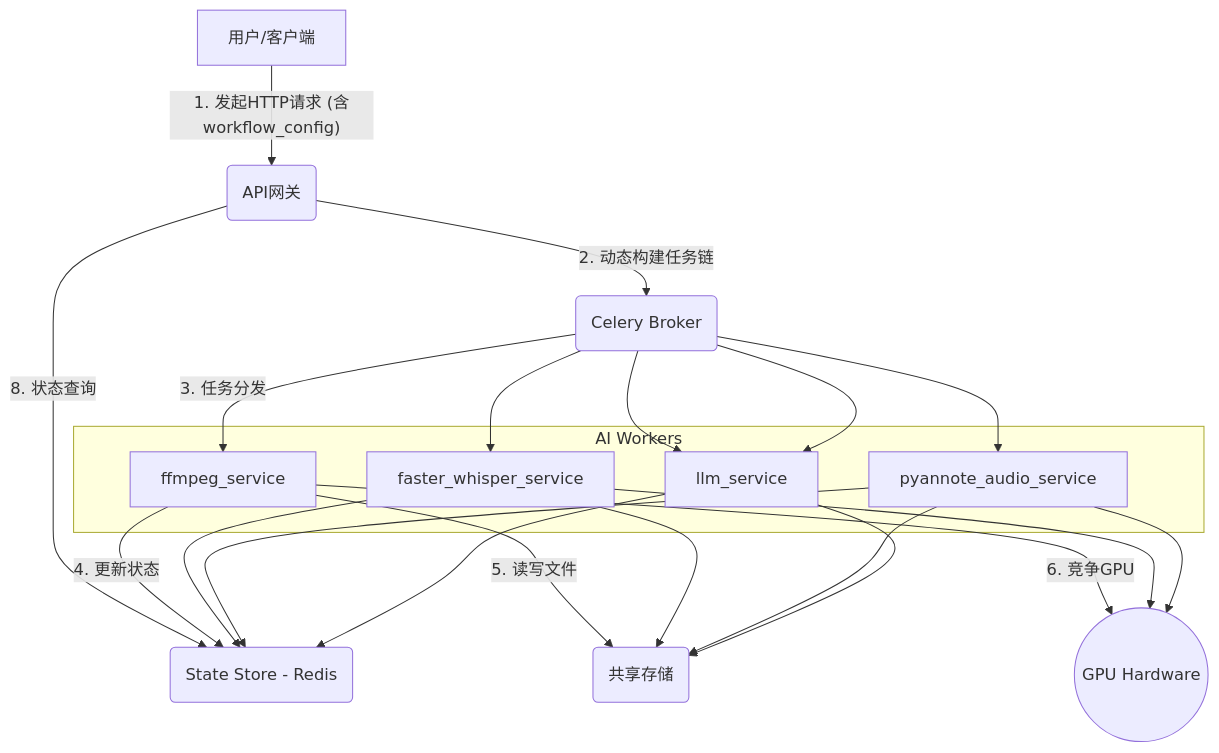
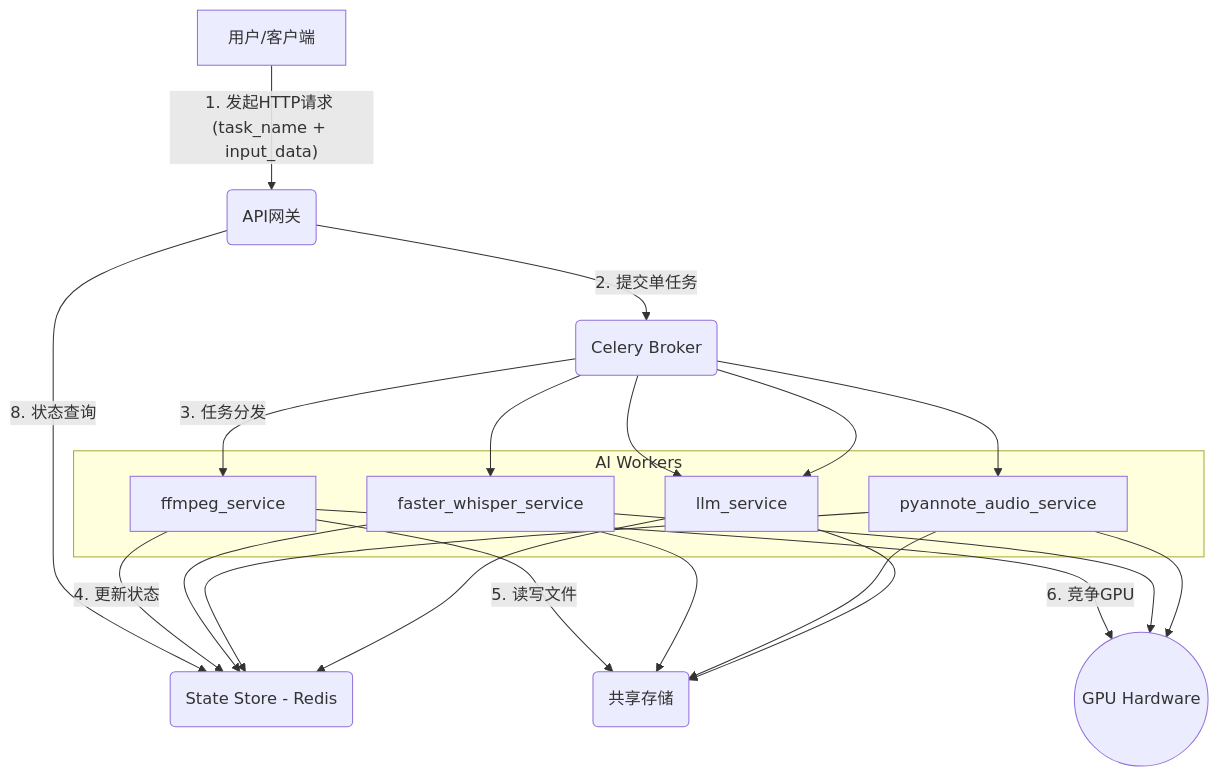
One commit to wionch/YiVideo changed the first of 2 diagrams in docs/product/SYSTEM_ARCHITECTURE.md. Above: the diagram before and after it, drawn with Mermaid. The commit also changed other lines of this file and 3 other files, not shown here.

````diff
--- a/docs/product/SYSTEM_ARCHITECTURE.md
+++ b/docs/product/SYSTEM_ARCHITECTURE.md
@@ -18,34 +18,34 @@
 ```mermaid
 graph TD
-    A[用户/客户端] -- "1. 发起HTTP请求 (含workflow_config)" --> B(API网关);
+    A[用户/客户端] -- "1. 发起HTTP请求 (task_name + input_data)" --> B(API网关);
     
-    B -- "2. 动态构建任务链" --> C(Celery Broker);
+    B -- "2. 提交单任务" --> C(Celery Broker);
     B -- "8. 状态查询" --> D(State Store - Redis);
 
     C -- "3. 任务分发" --> W1[ffmpeg_service];
     C -- " " --> W2[faster_whisper_service];
     C -- " " --> W3[pyannote_audio_service];
     C -- " " --> W4[paddleocr_service];
     C -- " " --> W4[llm_service];
 
     W1 -- "4. 更新状态" --> D;
     W2 -- " " --> D;
     W3 -- " " --> D;
     W4 -- " " --> D;
 
     W1 -- "5. 读写文件" --> E(共享存储);
     W2 -- " " --> E;
     W3 -- " " --> E;
     W4 -- " " --> E;
 
     W1 -- "6. 竞争GPU" --> G((GPU Hardware));
     W2 -- " " --> G;
     W3 -- " " --> G;
 
     subgraph AI Workers
         W1
         W2
         W3
         W4
     end
 ```
````
